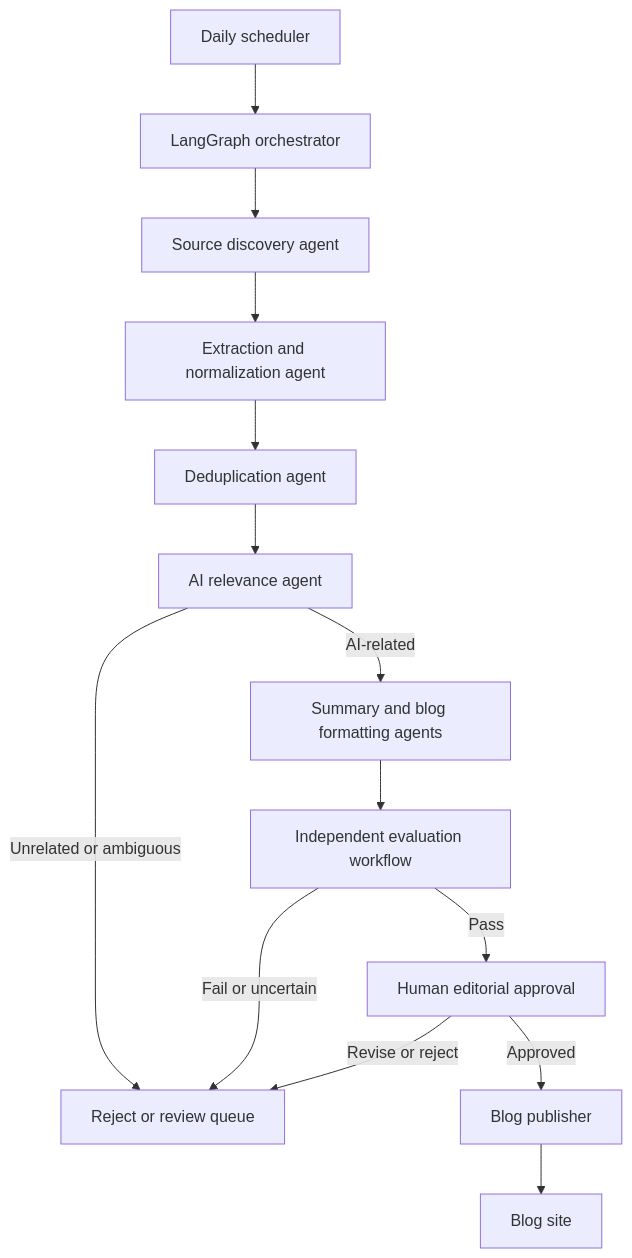
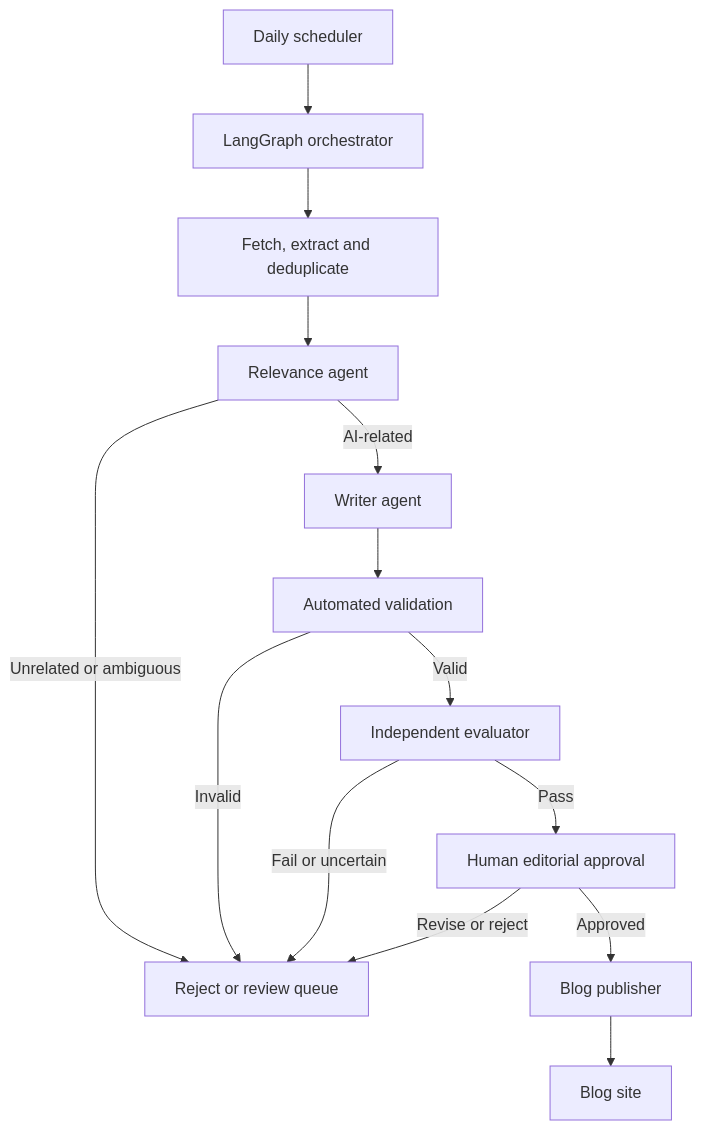
One commit to Sathyafish/AI-Signalwire changed the diagram in README.md. Above: the diagram before and after it, drawn with Mermaid. The commit also changed other lines of this file, not shown here.

````diff
--- a/README.md
+++ b/README.md
@@ -9,16 +11,16 @@
 ```mermaid
 flowchart TD
     S[Daily scheduler] --> O[LangGraph orchestrator]
-    O --> D[Source discovery agent]
-    D --> X[Extraction and normalization agent]
-    X --> U[Deduplication agent]
-    U --> R[AI relevance agent]
+    O --> D[Fetch, extract and deduplicate]
+    D --> R[Relevance agent]
     R -->|Unrelated or ambiguous| Q[Reject or review queue]
-    R -->|AI-related| M[Summary and blog formatting agents]
-    M --> E[Independent evaluation workflow]
+    R -->|AI-related| M[Writer agent]
+    M --> V[Automated validation]
+    V -->|Invalid| Q
+    V -->|Valid| E[Independent evaluator]
     E -->|Fail or uncertain| Q
     E -->|Pass| H[Human editorial approval]
     H -->|Approved| P[Blog publisher]
     H -->|Revise or reject| Q
     P --> B[Blog site]
 ```
````
